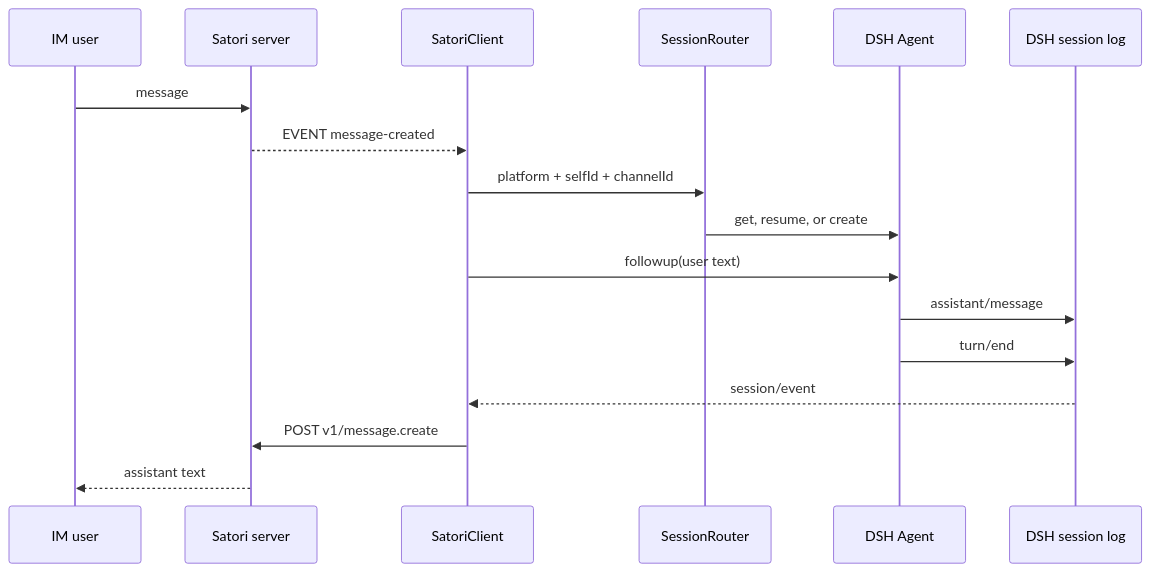
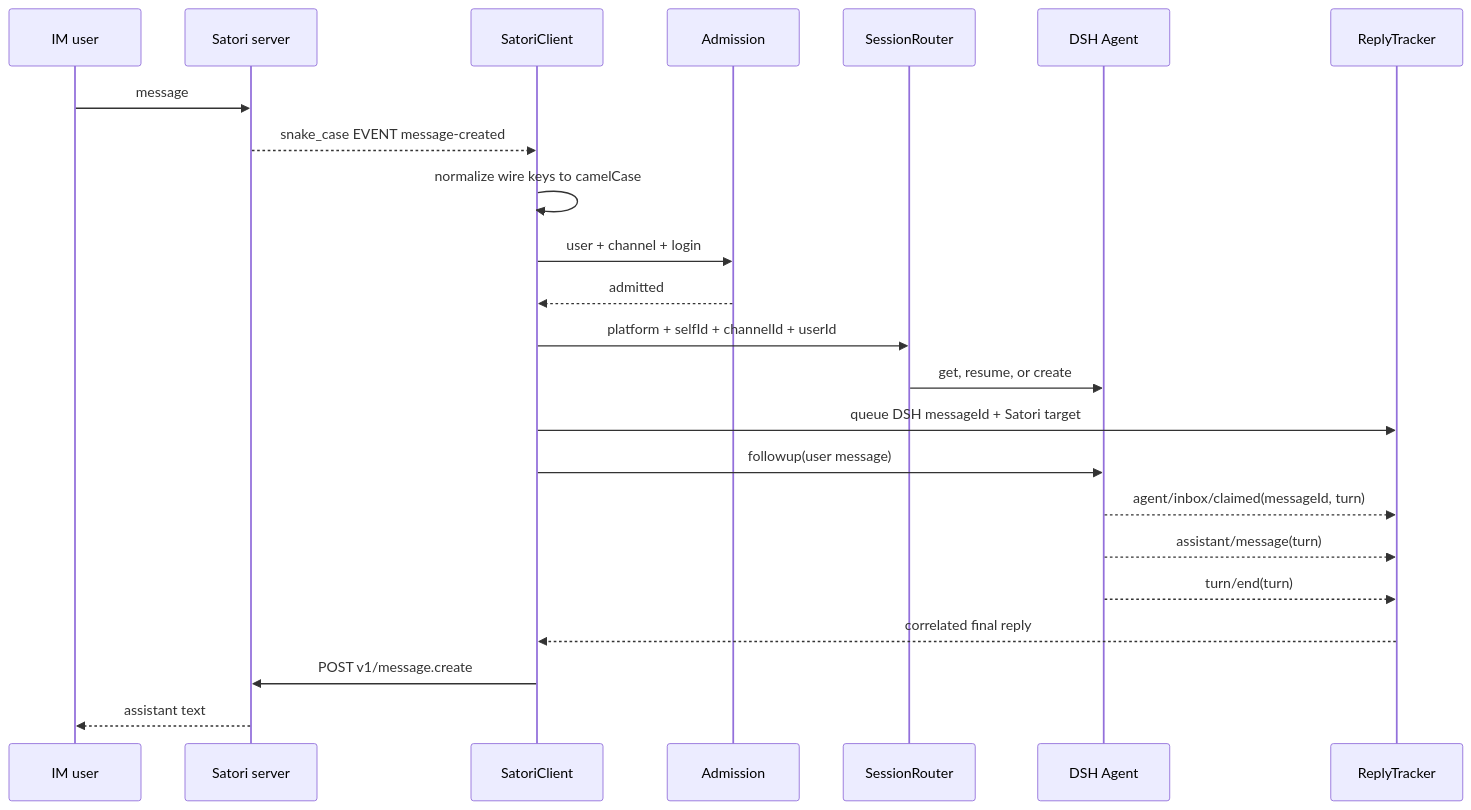
One commit to Ri0n72Y/dsh-satori changed the diagram in docs/data-flow.md. Above: the diagram before and after it, drawn with Mermaid. The commit also changed other lines of this file and 19 other files, not shown here.

````diff
--- a/docs/data-flow.md
+++ b/docs/data-flow.md
@@ -5,20 +5,26 @@
 ```mermaid
 sequenceDiagram
     participant U as IM user
     participant S as Satori server
     participant C as SatoriClient
+    participant G as Admission
     participant R as SessionRouter
     participant A as DSH Agent
-    participant L as DSH session log
+    participant T as ReplyTracker
 
     U->>S: message
-    S-->>C: EVENT message-created
-    C->>R: platform + selfId + channelId
+    S-->>C: snake_case EVENT message-created
+    C->>C: normalize wire keys to camelCase
+    C->>G: user + channel + login
+    G-->>C: admitted
+    C->>R: platform + selfId + channelId + userId
     R->>A: get, resume, or create
-    C->>A: followup(user text)
-    A->>L: assistant/message
-    A->>L: turn/end
-    L-->>C: session/event
+    C->>T: queue DSH messageId + Satori target
+    C->>A: followup(user message)
+    A-->>T: agent/inbox/claimed(messageId, turn)
+    A-->>T: assistant/message(turn)
+    A-->>T: turn/end(turn)
+    T-->>C: correlated final reply
     C->>S: POST v1/message.create
     S-->>U: assistant text
 ```
````
